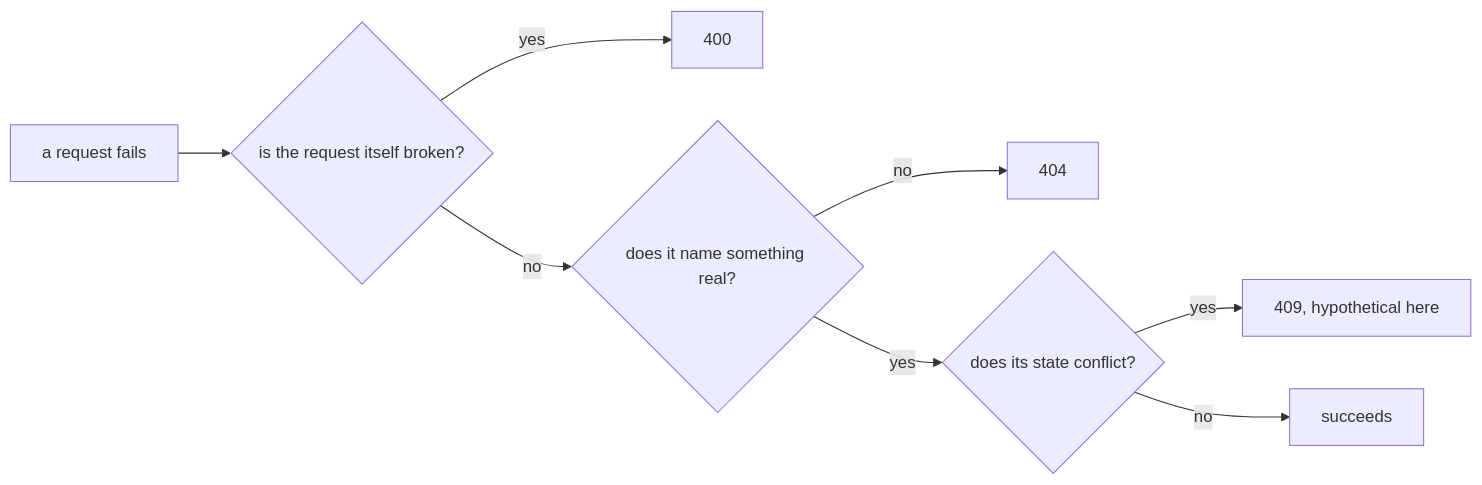
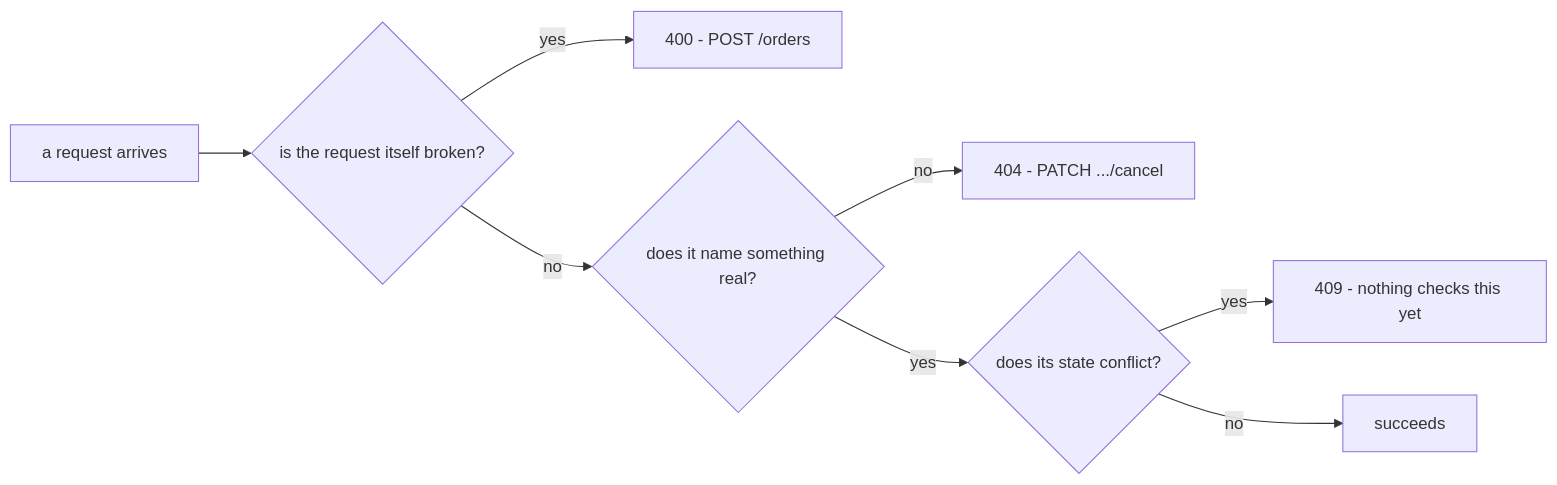
The diagram in content/tracks/backend/validation-errors-logging/backend.l1.choosing-an-error-status.en.md (duyan11110/lo-trinh-architect), drawn with Mermaid before and after one commit. The commit also changed other lines of this file and 3 other files, not shown here.

````diff
--- a/content/tracks/backend/validation-errors-logging/backend.l1.choosing-an-error-status.en.md
+++ b/content/tracks/backend/validation-errors-logging/backend.l1.choosing-an-error-status.en.md
@@ -40,10 +40,10 @@
 ```mermaid
 flowchart LR
-  A[a request fails] --> B{is the request itself broken?}
-  B -->|yes| C[400]
+  A[a request arrives] --> B{is the request itself broken?}
+  B -->|yes| C[400 - POST /orders]
   B -->|no| D{does it name something real?}
-  D -->|no| E[404]
+  D -->|no| E[404 - PATCH .../cancel]
   D -->|yes| F{does its state conflict?}
-  F -->|yes| G[409, hypothetical here]
+  F -->|yes| G[409 - nothing checks this yet]
   F -->|no| H[succeeds]
 ```
````
